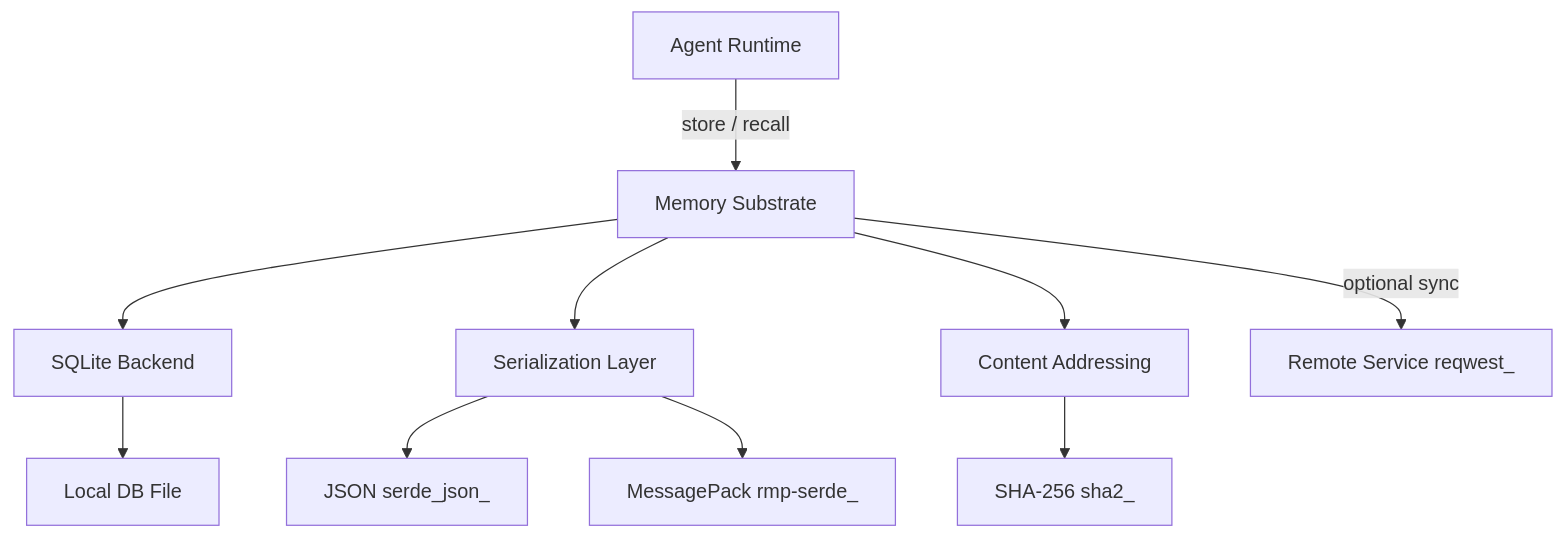
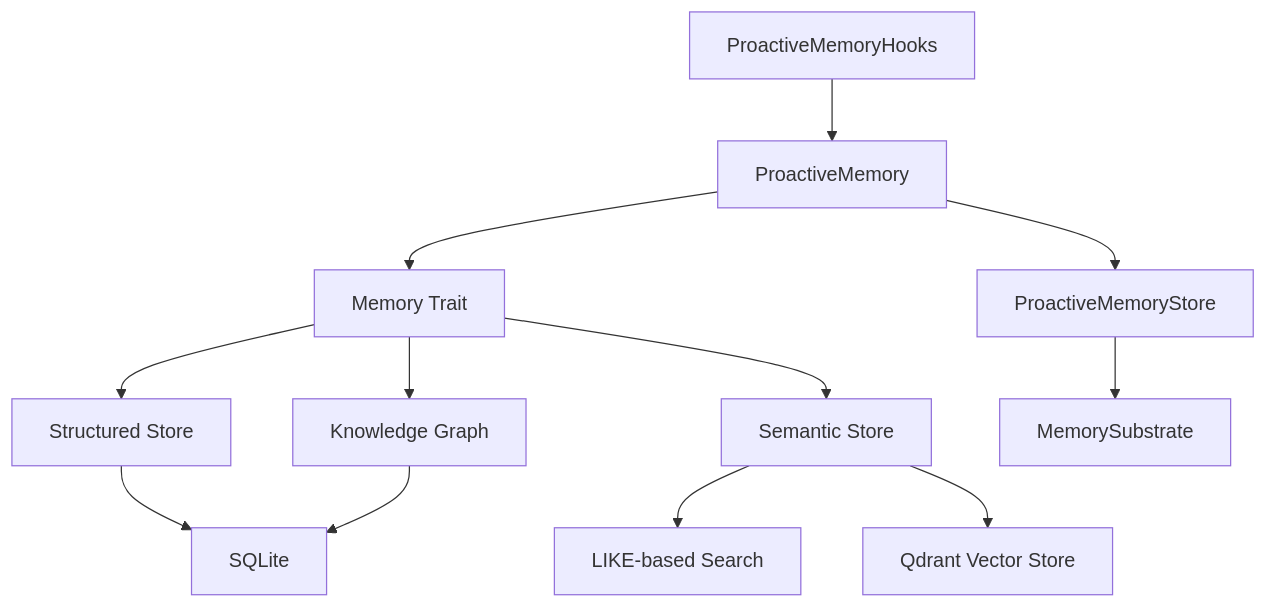
The diagram in other-librefang-memory.md (leszek3737/librefang-WIki), drawn with Mermaid before and after one commit. The commit also changed other lines of this file and 100 other files, not shown here.

````diff
--- a/other-librefang-memory.md
+++ b/other-librefang-memory.md
@@ -37,12 +9,14 @@
 ```mermaid
 graph TD
-    A[Agent Runtime] -->|store / recall| B[Memory Substrate]
-    B --> C[SQLite Backend]
-    B --> D[Serialization Layer]
-    D --> E[JSON serde_json_]
-    D --> F[MessagePack rmp-serde_]
-    B --> G[Content Addressing]
-    G --> H[SHA-256 sha2_]
-    C --> I[Local DB File]
-    B -->|optional sync| J[Remote Service reqwest_]
+    A[Memory Trait] --> B[Structured Store]
+    A --> C[Semantic Store]
+    A --> D[Knowledge Graph]
+    B --> E[SQLite]
+    C --> F[LIKE-based Search]
+    C --> G[Qdrant Vector Store]
+    D --> E
+    H[ProactiveMemory] --> A
+    H --> I[ProactiveMemoryStore]
+    I --> J[MemorySubstrate]
+    K[ProactiveMemoryHooks] --> H
 ```
````
